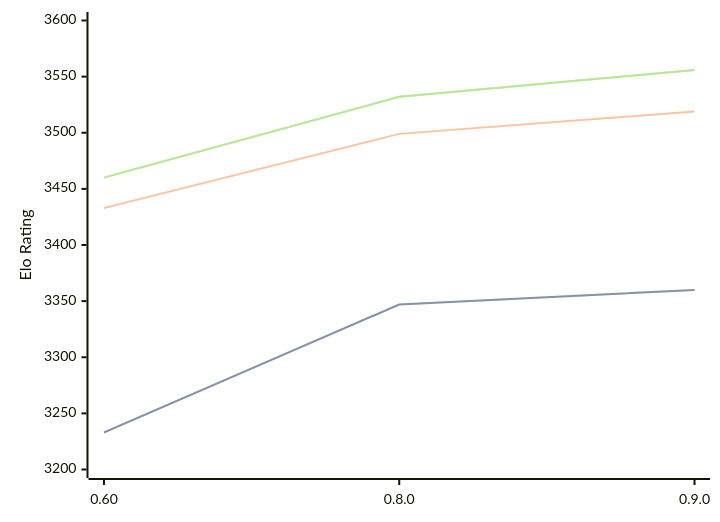
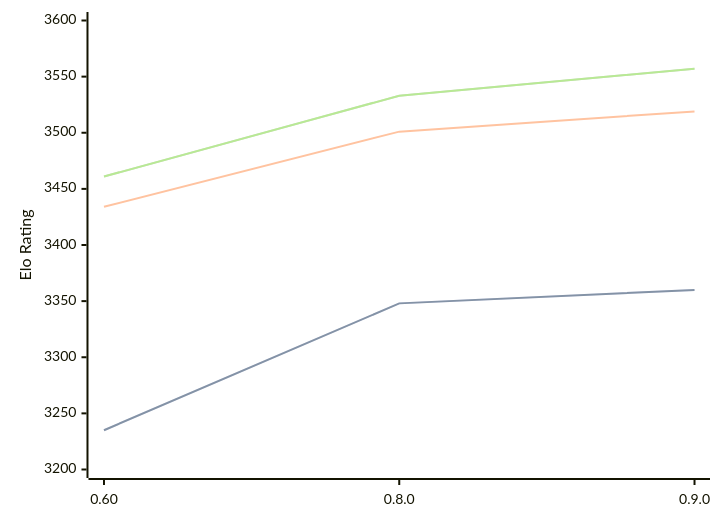
One commit to computer-chess-index/cci changed the diagram in engines/Motor.md. Above: the diagram before and after it, drawn with Mermaid. The commit also changed other lines of this file, not shown here.

Commit message:
Update CCI Ratings (ELO VLTC) - 2026-03-28

````diff
--- a/engines/Motor.md
+++ b/engines/Motor.md
@@ -39,11 +39,11 @@
 ```mermaid
 %%{init: {"theme":"base","themeVariables":{"seriesColors:['#a3a3a3','#222221','#faa371']}}}%%
 xychart-beta
   x-axis ["0.60", "0.8.0", "0.9.0"]
   y-axis "Elo Rating" 3200 --> 3600
-  line "STC (8.0+0.08s)" [3233, 3347, 3360]
-  line "STC (8.0+0.08s)" [3233, 3347, 3360]
-  line "LTC (60.0+0.60s)" [3433, 3499, 3519]
-  line "VLTC (2m24s+1.12s)" [3460, 3532, 3556]
-  line "VLTC (2m24s+1.12s)" [3460, 3532, 3556]
+  line "STC (8.0+0.08s)" [3235, 3348, 3360]
+  line "STC (8.0+0.08s)" [3235, 3348, 3360]
+  line "LTC (60.0+0.60s)" [3434, 3501, 3519]
+  line "VLTC (2m24s+1.12s)" [3461, 3533, 3557]
+  line "VLTC (2m24s+1.12s)" [3461, 3533, 3557]
 ```
````
